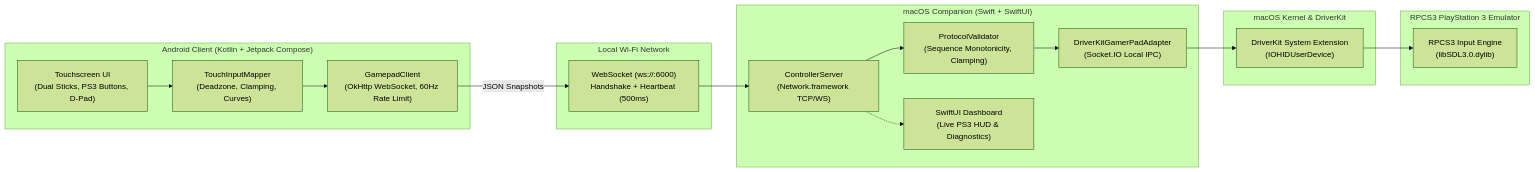
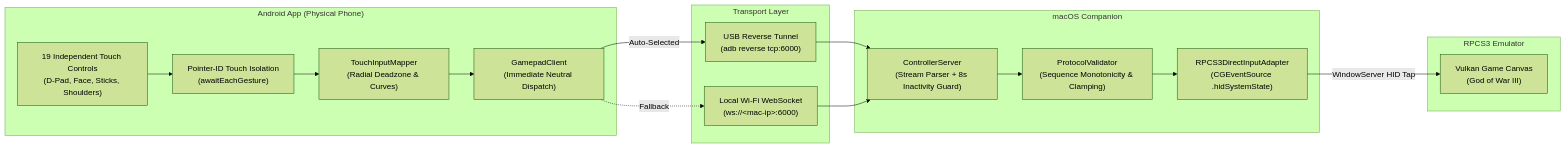
One commit to TAKSSHINAMOORTHY/PS3-controller changed the diagram in README.md. Above: the diagram before and after it, drawn with Mermaid (forest theme). The commit also changed other lines of this file and 21 other files, not shown here.

````diff
--- a/README.md
+++ b/README.md
@@ -9,34 +62,31 @@
 ```mermaid
-graph LR
-    subgraph Android["Android Client (Kotlin + Jetpack Compose)"]
-        UI["Touchscreen UI<br/>(Dual Sticks, PS3 Buttons, D-Pad)"]
-        Math["TouchInputMapper<br/>(Deadzone, Clamping, Curves)"]
-        Client["GamepadClient<br/>(OkHttp WebSocket, 60Hz Rate Limit)"]
-        UI --> Math --> Client
+flowchart LR
+    subgraph Android["Android App (Physical Phone)"]
+        UI["19 Independent Touch Controls<br/>(D-Pad, Face, Sticks, Shoulders)"]
+        Touch["Pointer-ID Touch Isolation<br/>(awaitEachGesture)"]
+        Mapper["TouchInputMapper<br/>(Radial Deadzone & Curves)"]
+        Client["GamepadClient<br/>(Immediate Neutral Dispatch)"]
+        UI --> Touch --> Mapper --> Client
     end
 
-    subgraph Network["Local Wi-Fi Network"]
-        WS["WebSocket (ws://<mac-ip>:6000)<br/>Handshake + Heartbeat (500ms)"]
+    subgraph Transport["Transport Layer"]
+        USB["USB Reverse Tunnel<br/>(adb reverse tcp:6000)"]
+        WIFI["Local Wi-Fi WebSocket<br/>(ws://&lt;mac-ip&gt;:6000)"]
+        Client -->|Auto-Selected| USB
+        Client -.->|Fallback| WIFI
     end
 
-    subgraph MacCompanion["macOS Companion (Swift + SwiftUI)"]
-        Server["ControllerServer<br/>(Network.framework TCP/WS)"]
-        Validator["ProtocolValidator<br/>(Sequence Monotonicity, Clamping)"]
-        Adapter["DriverKitGamerPadAdapter<br/>(Socket.IO Local IPC)"]
-        GUI["SwiftUI Dashboard<br/>(Live PS3 HUD & Diagnostics)"]
+    subgraph MacApp["macOS Companion"]
+        Server["ControllerServer<br/>(Stream Parser + 8s Inactivity Guard)"]
+        Validator["ProtocolValidator<br/>(Sequence Monotonicity & Clamping)"]
+        Adapter["RPCS3DirectInputAdapter<br/>(CGEventSource .hidSystemState)"]
+        USB --> Server
+        WIFI --> Server
         Server --> Validator --> Adapter
-        Server -.-> GUI
     end
 
-    subgraph System["macOS Kernel & DriverKit"]
-        Dext["DriverKit System Extension<br/>(IOHIDUserDevice)"]
-        Adapter --> Dext
+    subgraph Emulator["RPCS3 Emulator"]
+        Window["Vulkan Game Canvas<br/>(God of War III)"]
+        Adapter -->|WindowServer HID Tap| Window
     end
-
-    subgraph Emulator["RPCS3 PlayStation 3 Emulator"]
-        SDL["RPCS3 Input Engine<br/>(libSDL3.0.dylib)"]
-        Dext --> SDL
-    end
-
-    Client -->|JSON Snapshots| WS --> Server
 ```
````
